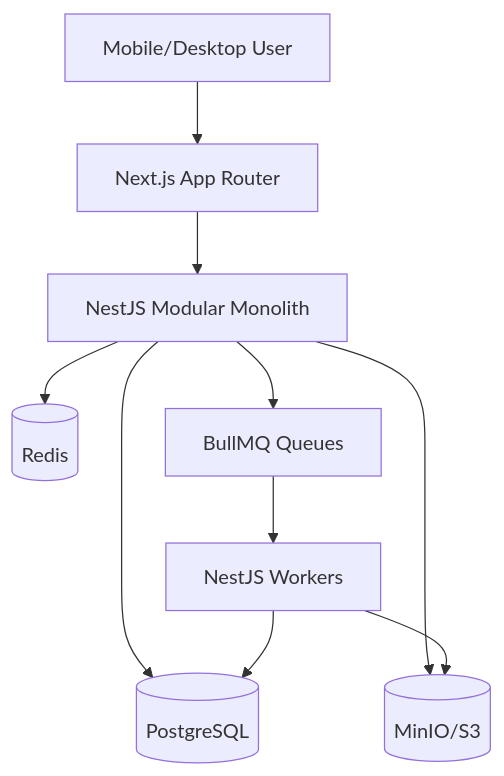
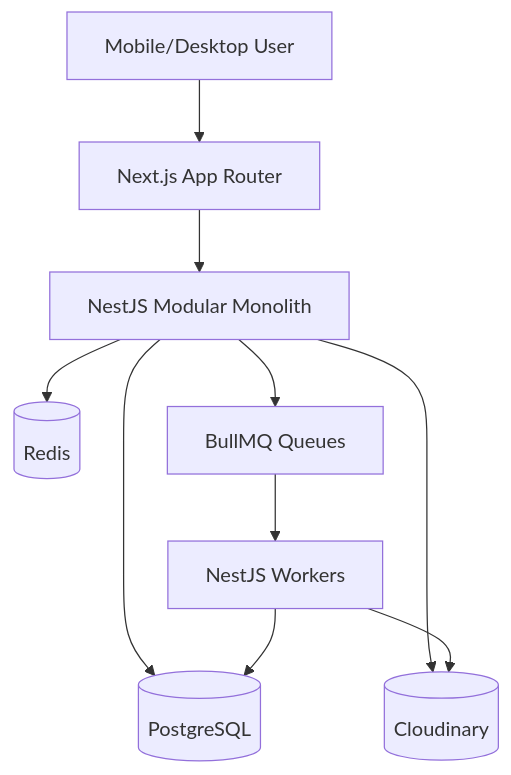
The diagram in PRD.md (Infinito2k26/Infinito2026), drawn with Mermaid before and after one commit. The commit also changed 15 other files, not shown here.

First line of the commit message:
feat(payments,uploads): swap object storage to Cloudinary, scaffold UPI payment section

````diff
--- a/PRD.md
+++ b/PRD.md
@@ -57,12 +57,12 @@
 ```mermaid
 flowchart TD
   User[Mobile/Desktop User] --> Web[Next.js App Router]
   Web --> API[NestJS Modular Monolith]
   API --> DB[(PostgreSQL)]
   API --> Redis[(Redis)]
-  API --> Storage[(MinIO/S3)]
+  API --> Storage[(Cloudinary)]
   API --> Queue[BullMQ Queues]
   Queue --> Worker[NestJS Workers]
   Worker --> DB
   Worker --> Storage
 ```
````
